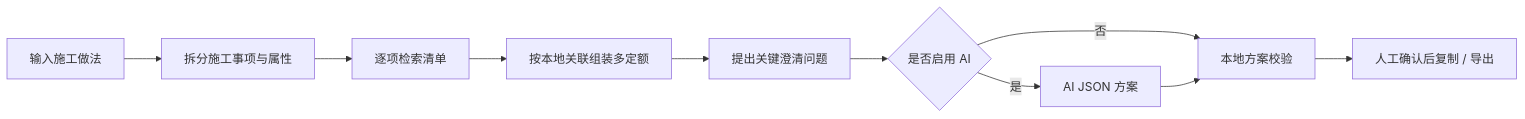
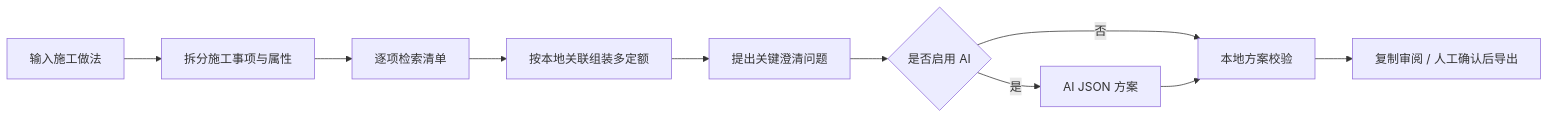
Before and after one commit to loveramarois-byte/shandong-quota-assistant: the diagram in README.md, drawn with Mermaid. The commit also changed other lines of this file and 28 other files, not shown here.

````diff
--- a/README.md
+++ b/README.md
@@ -54,12 +54,12 @@
 ```mermaid
 flowchart LR
     A["输入施工做法"] --> B["拆分施工事项与属性"]
     B --> C["逐项检索清单"]
     C --> D["按本地关联组装多定额"]
     D --> E["提出关键澄清问题"]
     E --> F{"是否启用 AI"}
     F -->|"否"| G["本地方案校验"]
     F -->|"是"| H["AI JSON 方案"]
     H --> G
-    G --> I["人工确认后复制 / 导出"]
+    G --> I["复制审阅 / 人工确认后导出"]
 ```
````
